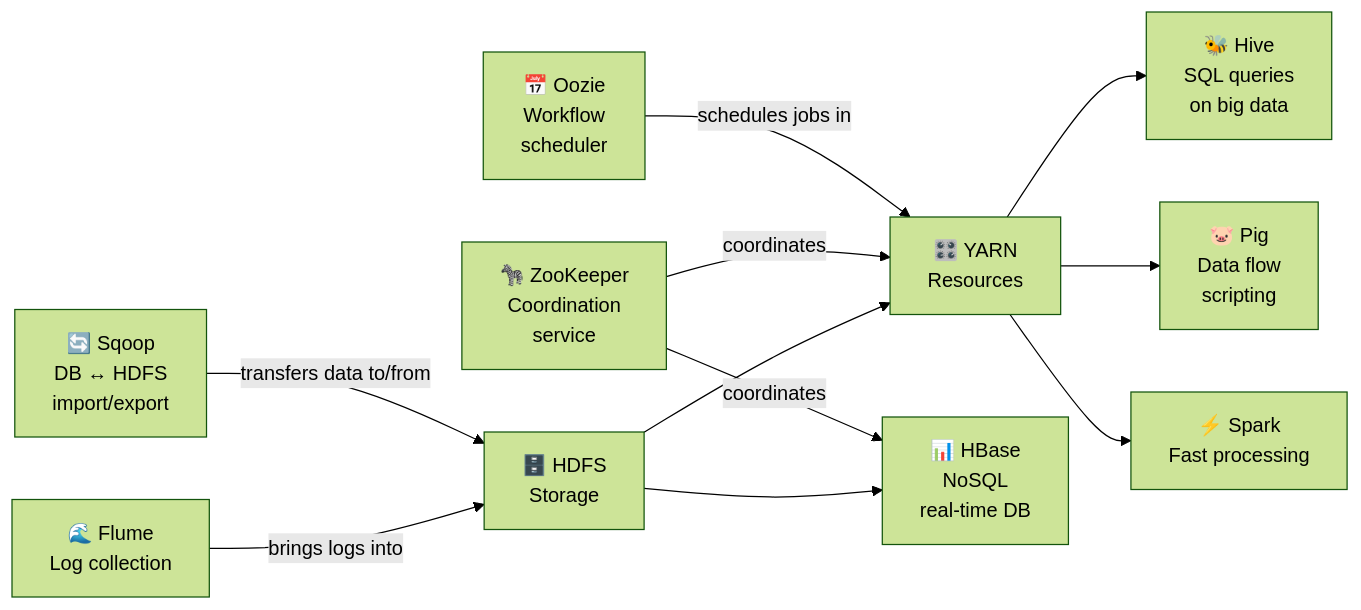
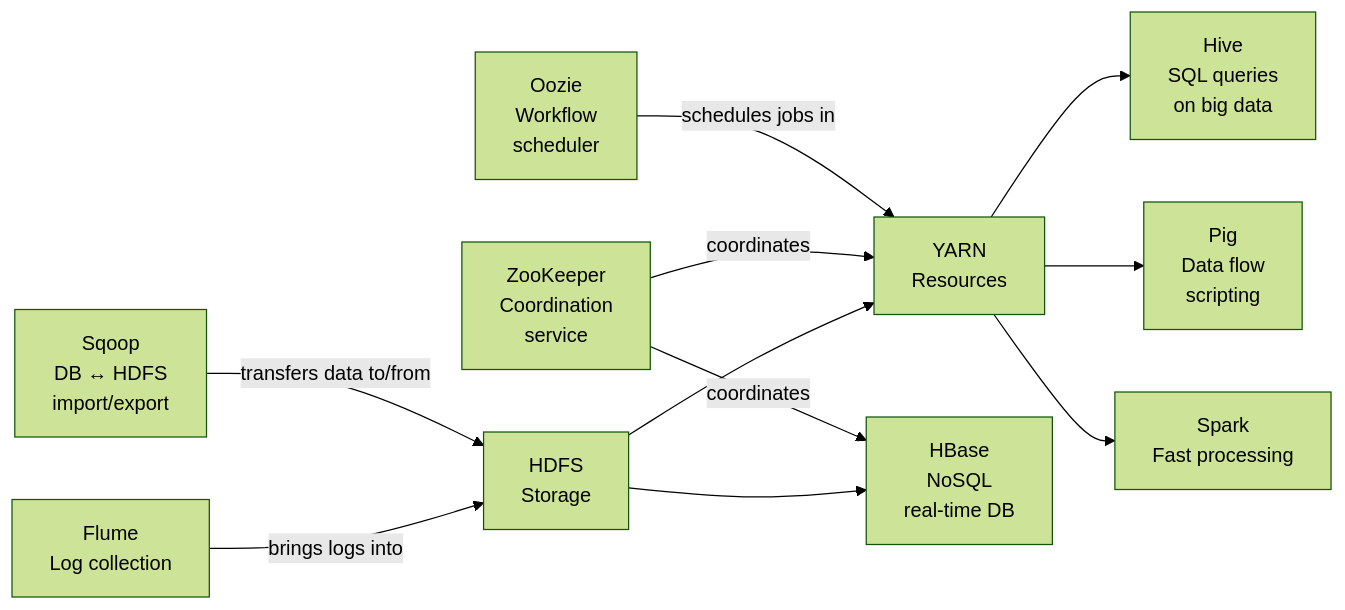
One commit to NK2552003/Big-Data-Survival-Guide changed the fifth of 13 diagrams in UNITS/UNIT 3/unit-3-english-fun.md. Above: the diagram before and after it, drawn with Mermaid (forest theme). The commit also changed other lines of this file and 78 other files, not shown here.

````diff
--- a/UNITS/UNIT 3/unit-3-english-fun.md
+++ b/UNITS/UNIT 3/unit-3-english-fun.md
@@ -343,25 +343,25 @@
 ```mermaid
 graph LR
-    HDFS["🗄️ HDFS\nStorage"]
-    YARN["🎛️ YARN\nResources"]
+ HDFS[" HDFS\nStorage"]
+ YARN[" YARN\nResources"]
 
-    Hive["🐝 Hive\nSQL queries\non big data"]
-    Pig["🐷 Pig\nData flow\nscripting"]
-    HBase["📊 HBase\nNoSQL\nreal-time DB"]
-    Sqoop["🔄 Sqoop\nDB ↔ HDFS\nimport/export"]
-    Flume["🌊 Flume\nLog collection"]
-    ZK["🦓 ZooKeeper\nCoordination\nservice"]
-    Spark["⚡ Spark\nFast processing"]
-    Oozie["📅 Oozie\nWorkflow\nscheduler"]
+ Hive[" Hive\nSQL queries\non big data"]
+ Pig[" Pig\nData flow\nscripting"]
+ HBase[" HBase\nNoSQL\nreal-time DB"]
+ Sqoop[" Sqoop\nDB ↔ HDFS\nimport/export"]
+ Flume[" Flume\nLog collection"]
+ ZK[" ZooKeeper\nCoordination\nservice"]
+ Spark[" Spark\nFast processing"]
+ Oozie[" Oozie\nWorkflow\nscheduler"]
 
-    Flume -->|"brings logs into"| HDFS
-    Sqoop -->|"transfers data to/from"| HDFS
-    HDFS --> YARN
-    YARN --> Hive
-    YARN --> Pig
-    YARN --> Spark
-    HDFS --> HBase
-    ZK -->|"coordinates"| HBase
-    ZK -->|"coordinates"| YARN
-    Oozie -->|"schedules jobs in"| YARN
+ Flume -->|"brings logs into"| HDFS
+ Sqoop -->|"transfers data to/from"| HDFS
+ HDFS --> YARN
+ YARN --> Hive
+ YARN --> Pig
+ YARN --> Spark
+ HDFS --> HBase
+ ZK -->|"coordinates"| HBase
+ ZK -->|"coordinates"| YARN
+ Oozie -->|"schedules jobs in"| YARN
 ```
````
